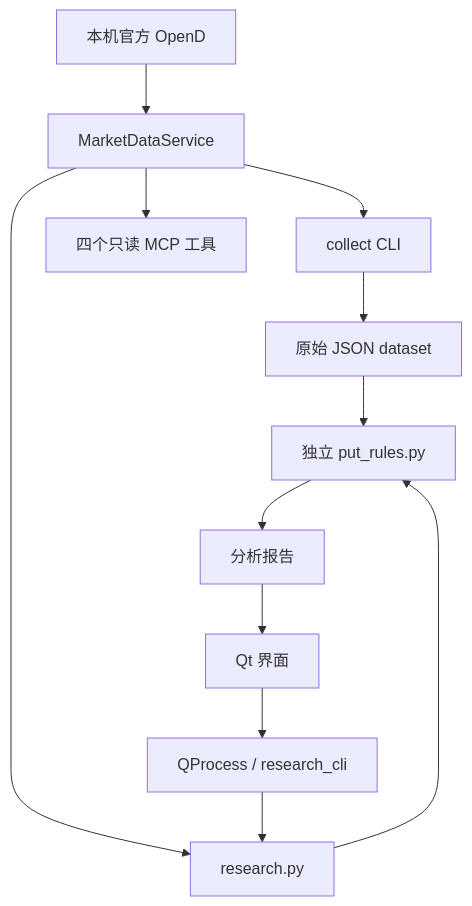
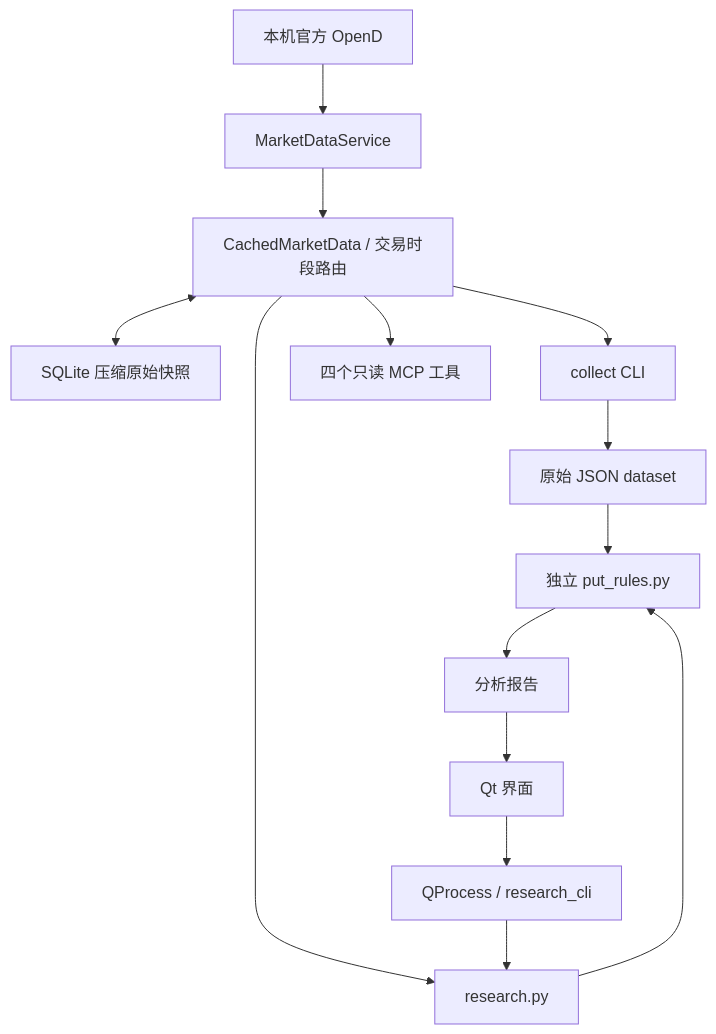
One commit to charzl/MooPie changed the diagram in docs/reference/architecture.md. Above: the diagram before and after it, drawn with Mermaid. The commit also changed other lines of this file and 328 other files, not shown here.

First line of the commit message:
Add SQLite watchlists and incremental market research

````diff
--- a/docs/reference/architecture.md
+++ b/docs/reference/architecture.md
@@ -5,14 +5,16 @@
 ```mermaid
 flowchart TD
   OpenD[本机官方 OpenD] --> Collection[MarketDataService]
-  Collection --> CollectCLI[collect CLI]
-  Collection --> MCP[四个只读 MCP 工具]
-  Collection --> Research[research.py]
+  Collection --> Router[CachedMarketData / 交易时段路由]
+  Router <--> DB[SQLite 压缩原始快照]
+  Router --> CollectCLI[collect CLI]
+  Router --> MCP[四个只读 MCP 工具]
+  Router --> Research[research.py]
   CollectCLI --> Dataset[原始 JSON dataset]
   Dataset --> Rules[独立 put_rules.py]
   Research --> Rules
   GUI[Qt 界面] --> Worker[QProcess / research_cli]
   Worker --> Research
   Rules --> Report[分析报告]
   Report --> GUI
 ```
````
